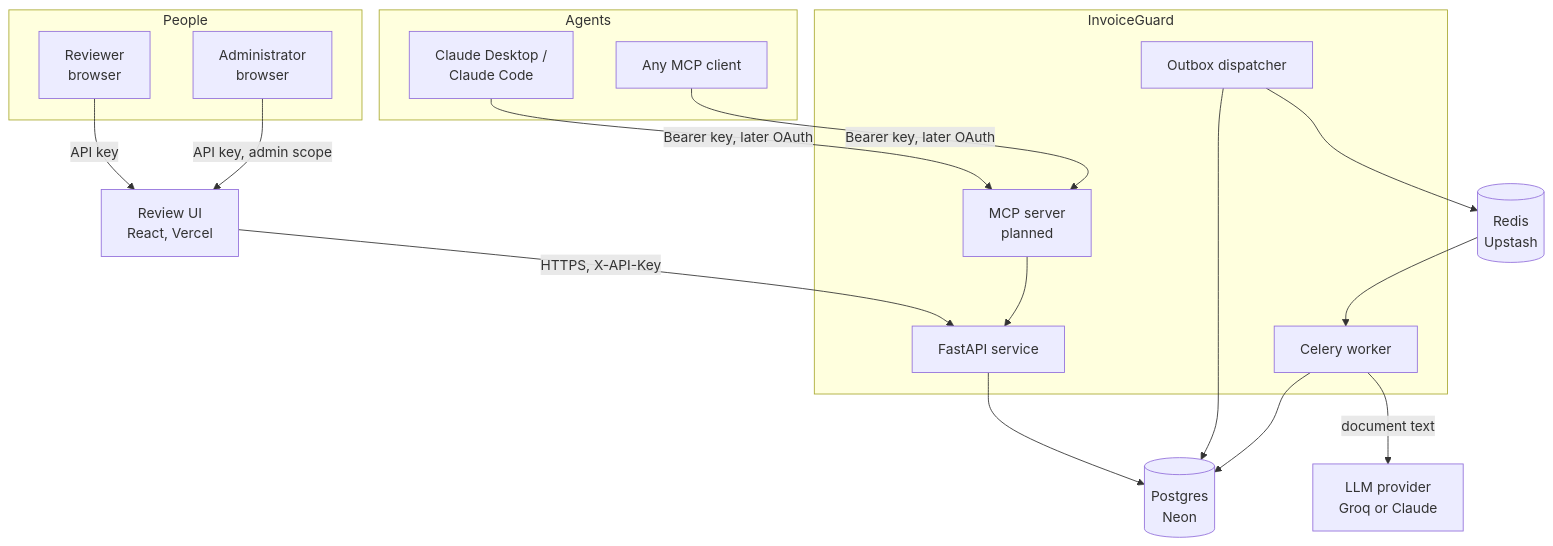
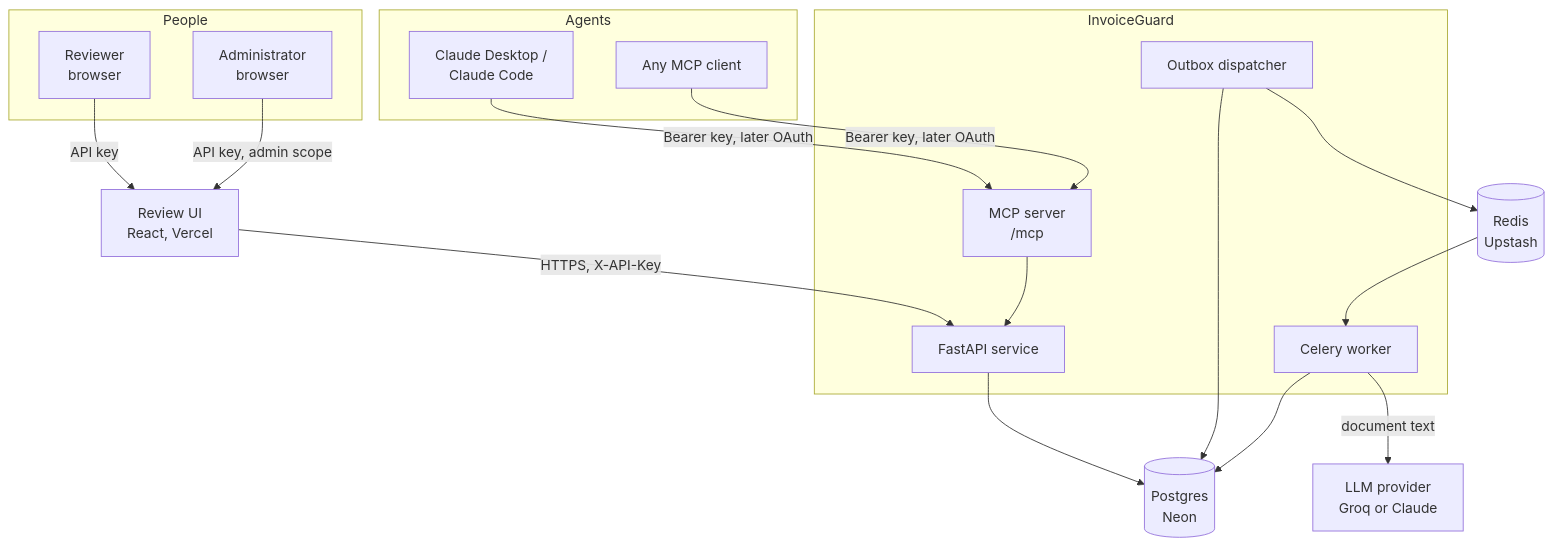
The second of 10 diagrams in README.md (Shaurya-Sinha3301/Innoguard), drawn with Mermaid before and after one commit. The commit also changed other lines of this file and 1 other file, not shown here.

Commit message:
Docs: MCP guide; README covers the MCP server, grants and cases

````diff
--- a/README.md
+++ b/README.md
@@ -84,32 +84,32 @@
 ```mermaid
 flowchart TB
     subgraph People
         R[Reviewer<br/>browser]
         AD[Administrator<br/>browser]
     end
     subgraph Agents
         CD[Claude Desktop /<br/>Claude Code]
         OT[Any MCP client]
     end
 
     R -->|API key| UI[Review UI<br/>React, Vercel]
     AD -->|API key, admin scope| UI
     UI -->|HTTPS, X-API-Key| API
-    CD -->|Bearer key, later OAuth| MCP[MCP server<br/>planned]
+    CD -->|Bearer key, later OAuth| MCP[MCP server<br/>/mcp]
     OT -->|Bearer key, later OAuth| MCP
 
     subgraph InvoiceGuard
         API[FastAPI service]
         MCP
         W[Celery worker]
         DSP[Outbox dispatcher]
     end
 
     MCP --> API
     API --> PG[(Postgres<br/>Neon)]
     DSP --> PG
     DSP --> RD[(Redis<br/>Upstash)]
     RD --> W
     W --> PG
     W -->|document text| LLM[LLM provider<br/>Groq or Claude]
 ```
````
